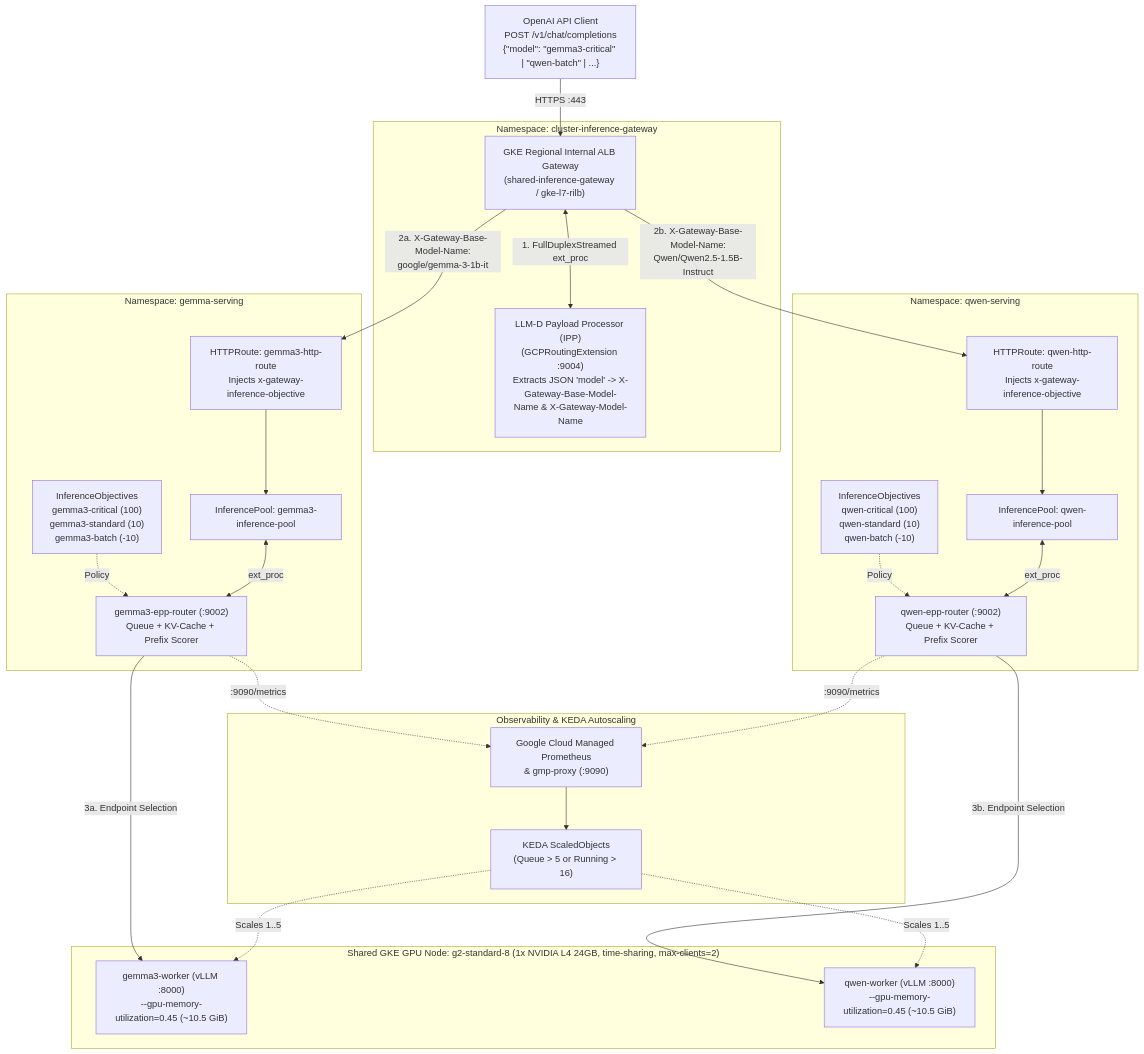
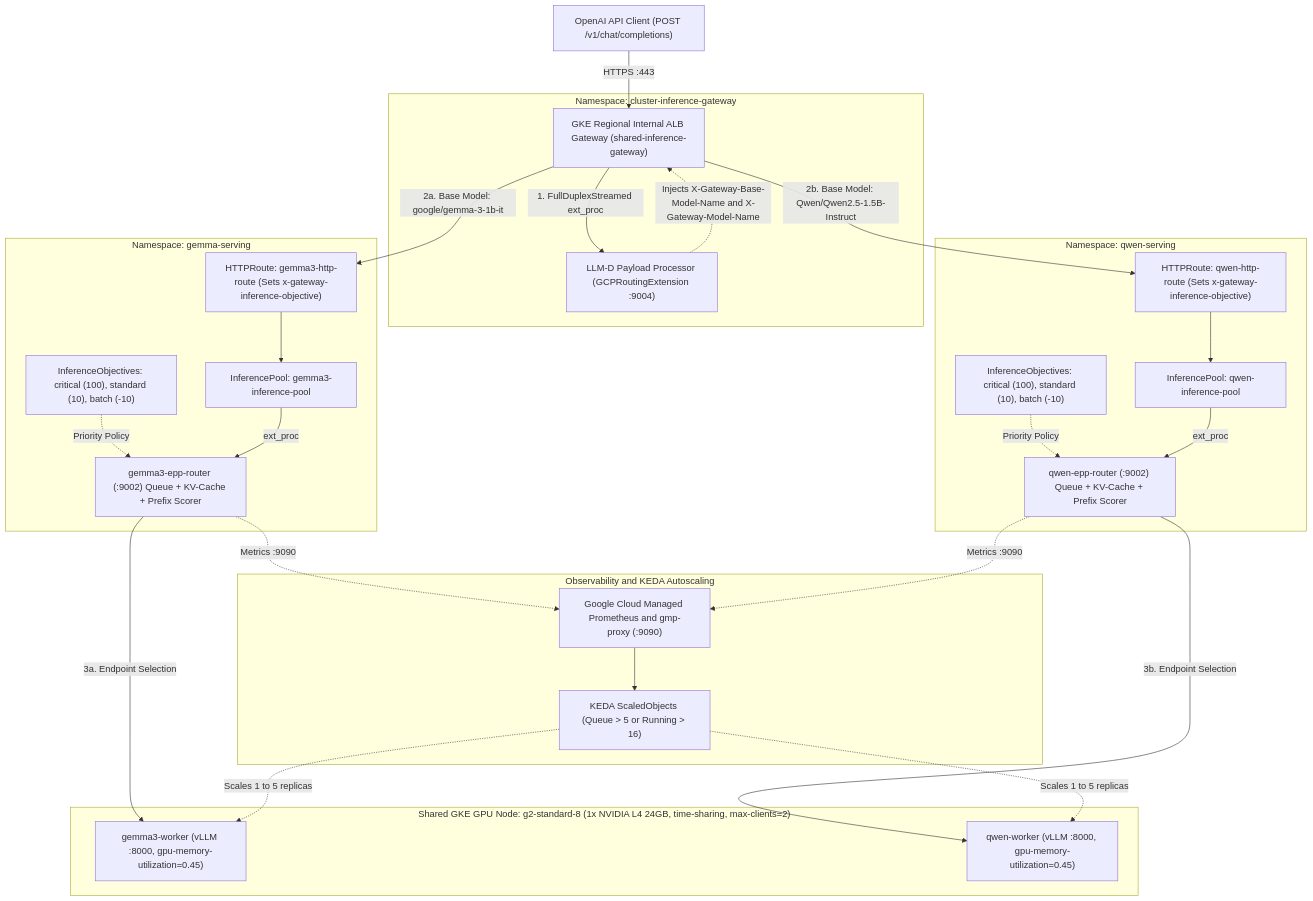
The diagram in README.md (rmishgoog/gemma-serving-gke), drawn with Mermaid before and after one commit. The commit also changed other lines of this file and 1 other file, not shown here.

Commit message:
Fix Mermaid diagram syntax for GitHub rendering

````diff
--- a/README.md
+++ b/README.md
@@ -15,53 +15,54 @@
 ```mermaid
 flowchart TB
-    Client["OpenAI API Client<br/>POST /v1/chat/completions<br/>{&quot;model&quot;: &quot;gemma3-critical&quot; | &quot;qwen-batch&quot; | ...}"]
+    Client["OpenAI API Client (POST /v1/chat/completions)"]
 
     subgraph GatewayNS["Namespace: cluster-inference-gateway"]
-        GW["GKE Regional Internal ALB Gateway<br/>(shared-inference-gateway / gke-l7-rilb)"]
-        IPP["LLM-D Payload Processor (IPP)<br/>(GCPRoutingExtension :9004)<br/>Extracts JSON 'model' -> X-Gateway-Base-Model-Name & X-Gateway-Model-Name"]
-        GW <-->|"1. FullDuplexStreamed ext_proc"| IPP
+        GW["GKE Regional Internal ALB Gateway (shared-inference-gateway)"]
+        IPP["LLM-D Payload Processor (GCPRoutingExtension :9004)"]
+        GW -->|"1. FullDuplexStreamed ext_proc"| IPP
+        IPP -.->|"Injects X-Gateway-Base-Model-Name and X-Gateway-Model-Name"| GW
     end
 
     Client -->|"HTTPS :443"| GW
 
     subgraph GemmaNS["Namespace: gemma-serving"]
-        GRoute["HTTPRoute: gemma3-http-route<br/>Injects x-gateway-inference-objective"]
-        GObj["InferenceObjectives<br/>gemma3-critical (100)<br/>gemma3-standard (10)<br/>gemma3-batch (-10)"]
+        GRoute["HTTPRoute: gemma3-http-route (Sets x-gateway-inference-objective)"]
+        GObj["InferenceObjectives: critical (100), standard (10), batch (-10)"]
         GPool["InferencePool: gemma3-inference-pool"]
-        GEPP["gemma3-epp-router (:9002)<br/>Queue + KV-Cache + Prefix Scorer"]
+        GEPP["gemma3-epp-router (:9002) Queue + KV-Cache + Prefix Scorer"]
         GRoute --> GPool
-        GObj -.->|"Policy"| GEPP
-        GPool <-->|"ext_proc"| GEPP
+        GObj -.->|"Priority Policy"| GEPP
+        GPool -->|"ext_proc"| GEPP
     end
 
     subgraph QwenNS["Namespace: qwen-serving"]
-        QRoute["HTTPRoute: qwen-http-route<br/>Injects x-gateway-inference-objective"]
-        QObj["InferenceObjectives<br/>qwen-critical (100)<br/>qwen-standard (10)<br/>qwen-batch (-10)"]
+        QRoute["HTTPRoute: qwen-http-route (Sets x-gateway-inference-objective)"]
+        QObj["InferenceObjectives: critical (100), standard (10), batch (-10)"]
         QPool["InferencePool: qwen-inference-pool"]
-        QEPP["qwen-epp-router (:9002)<br/>Queue + KV-Cache + Prefix Scorer"]
+        QEPP["qwen-epp-router (:9002) Queue + KV-Cache + Prefix Scorer"]
         QRoute --> QPool
-        QObj -.->|"Policy"| QEPP
-        QPool <-->|"ext_proc"| QEPP
+        QObj -.->|"Priority Policy"| QEPP
+        QPool -->|"ext_proc"| QEPP
     end
 
-    GW -->|"2a. X-Gateway-Base-Model-Name:<br/>google/gemma-3-1b-it"| GRoute
-    GW -->|"2b. X-Gateway-Base-Model-Name:<br/>Qwen/Qwen2.5-1.5B-Instruct"| QRoute
+    GW -->|"2a. Base Model: google/gemma-3-1b-it"| GRoute
+    GW -->|"2b. Base Model: Qwen/Qwen2.5-1.5B-Instruct"| QRoute
 
     subgraph SharedNode["Shared GKE GPU Node: g2-standard-8 (1x NVIDIA L4 24GB, time-sharing, max-clients=2)"]
-        GWorker["gemma3-worker (vLLM :8000)<br/>--gpu-memory-utilization=0.45 (~10.5 GiB)"]
-        QWorker["qwen-worker (vLLM :8000)<br/>--gpu-memory-utilization=0.45 (~10.5 GiB)"]
+        GWorker["gemma3-worker (vLLM :8000, gpu-memory-utilization=0.45)"]
+        QWorker["qwen-worker (vLLM :8000, gpu-memory-utilization=0.45)"]
     end
 
     GEPP -->|"3a. Endpoint Selection"| GWorker
     QEPP -->|"3b. Endpoint Selection"| QWorker
 
-    subgraph Autoscaling["Observability & KEDA Autoscaling"]
-        GMP["Google Cloud Managed Prometheus<br/>& gmp-proxy (:9090)"]
-        KEDA["KEDA ScaledObjects<br/>(Queue > 5 or Running > 16)"]
-        GEPP -.->|":9090/metrics"| GMP
-        QEPP -.->|":9090/metrics"| GMP
+    subgraph Autoscaling["Observability and KEDA Autoscaling"]
+        GMP["Google Cloud Managed Prometheus and gmp-proxy (:9090)"]
+        KEDA["KEDA ScaledObjects (Queue > 5 or Running > 16)"]
+        GEPP -.->|"Metrics :9090"| GMP
+        QEPP -.->|"Metrics :9090"| GMP
         GMP --> KEDA
-        KEDA -.->|"Scales 1..5"| GWorker
-        KEDA -.->|"Scales 1..5"| QWorker
+        KEDA -.->|"Scales 1 to 5 replicas"| GWorker
+        KEDA -.->|"Scales 1 to 5 replicas"| QWorker
     end
 ```
````
